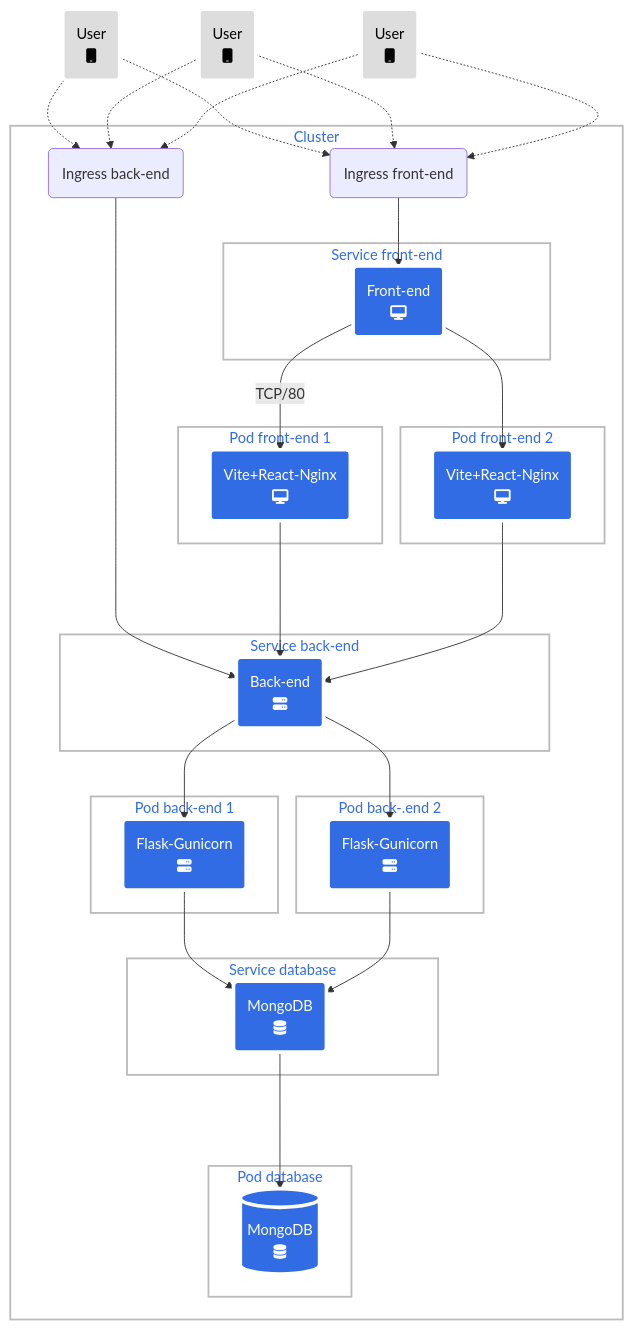
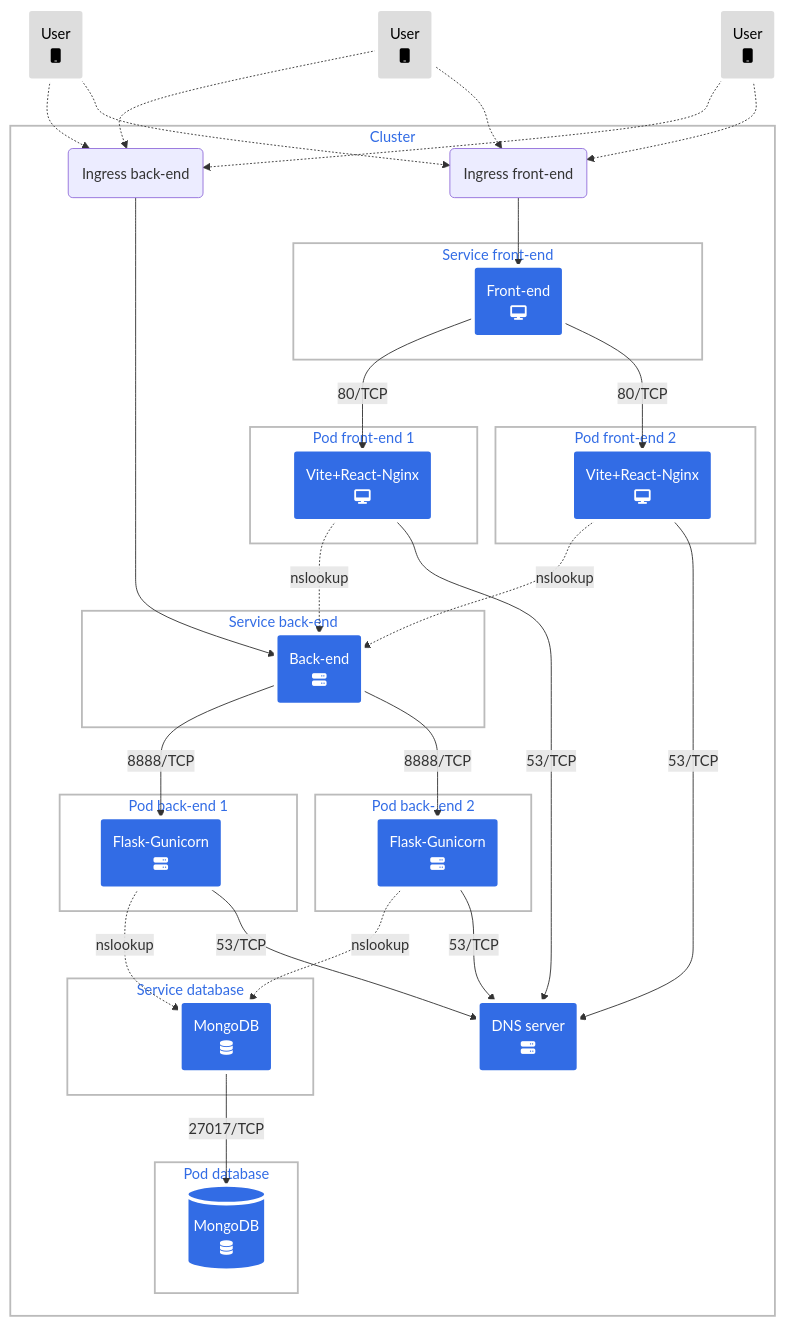
The diagram in README.md (micheledinelli/ips-config), drawn with Mermaid before and after one commit. The commit also changed 6 other files, not shown here.

Commit message:
Added mermaid directory for graphs

````diff
--- a/README.md
+++ b/README.md
@@ -5,76 +5,84 @@
 ```mermaid
 graph TB
 
     user1(User \n fa:fa-mobile)
     user2(User \n fa:fa-mobile)
     user3(User \n fa:fa-mobile)
 
-subgraph Cluster
-class Cluster cluster;
-ingress-backend(Ingress back-end)
-subgraph "Service back-end"
-service-backend(Back-end \n fa:fa-server)
-end
-subgraph "Pod back-end 1"
-pod-backend1(Flask-Gunicorn \n fa:fa-server)
-end
-subgraph "Pod back-.end 2"
-pod-backend2(Flask-Gunicorn \n fa:fa-server)
-end
+   subgraph Cluster
+       class Cluster cluster;
+        ingress-backend(Ingress back-end)
+        subgraph "Service back-end"
+            service-backend(Back-end \n fa:fa-server)
+        end
+        subgraph "Pod back-end 1"
+            pod-backend1(Flask-Gunicorn \n fa:fa-server)
+        end
+        subgraph "Pod back-.end 2"
+            pod-backend2(Flask-Gunicorn \n fa:fa-server)
+        end
+
+        dns(DNS server \n fa:fa-server)
 
         ingress-frontend(Ingress front-end)
         subgraph "Service front-end"
             service-frontend(Front-end \n fa:fa-desktop)
         end
         subgraph "Pod front-end 1"
             pod-frontend1(Vite+React-Nginx \n fa:fa-desktop)
         end
         subgraph "Pod front-end 2"
             pod-frontend2(Vite+React-Nginx \n fa:fa-desktop)
         end
 
         subgraph "Service database"
             service-database(MongoDB \n fa:fa-database)
         end
         subgraph "Pod database"
             pod-database[(MongoDB \n fa:fa-database)]
         end
 
         %% subgraph Volumes
         %%     fingerprint-data(fingerprint Data)
         %%     mongo(mongoDB)
         %% end
     end
 
     user1 -.-> ingress-backend
     user2 -.-> ingress-backend
     user3 -.-> ingress-backend
 
     user1 -.-> ingress-frontend
     user2 -.-> ingress-frontend
     user3 -.-> ingress-frontend
 
     ingress-backend --> service-backend;
-    service-backend --> pod-backend1
-    service-backend --> pod-backend2
+    service-backend -- 8888/TCP --> pod-backend1
+    service-backend -- 8888/TCP --> pod-backend2
 
     ingress-frontend --> service-frontend;
-    service-frontend -- TCP/80 --> pod-frontend1
-    service-frontend --> pod-frontend2
+    service-frontend -- 80/TCP --> pod-frontend1
+    service-frontend -- 80/TCP --> pod-frontend2
 
-    pod-frontend1 ---> service-backend
-    pod-frontend2 ---> service-backend
+    pod-frontend1 -. nslookup .-> service-backend
+    pod-frontend2 -. nslookup .-> service-backend
 
-    pod-backend1 --> service-database
-    pod-backend2 --> service-database
+    pod-backend1 -. nslookup .-> service-database
+    pod-backend2 -. nslookup .-> service-database
 
-    service-database ---> pod-database
+    service-database -- 27017/TCP --> pod-database
 
-classDef plain fill:#ddd,stroke:#fff,stroke-width:4px,color:#000;
-classDef k8s fill:#326ce5,stroke:#fff,stroke-width:4px,color:#fff;
-classDef cluster fill:#fff,stroke:#bbb,stroke-width:2px,color:#326ce5;
-class service-backend,service-frontend,service-database,pod-backend1,pod-backend2,pod-frontend1,pod-frontend2,pod-database k8s;
-class Cluster cluster;
-class user1,user2,user3 plain
+    pod-frontend1 -- 53/TCP --> dns
+    pod-frontend2-- 53/TCP --> dns
+    pod-backend1 -- 53/TCP --> dns
+    pod-backend2 -- 53/TCP --> dns
+
+   classDef plain fill:#ddd,stroke:#fff,stroke-width:4px,color:#000;
+   classDef k8s fill:#326ce5,stroke:#fff,stroke-width:4px,color:#fff;
+   classDef cluster fill:#fff,stroke:#bbb,stroke-width:2px,color:#326ce5;
+   class service-backend,service-frontend,service-database,pod-backend1,pod-backend2,pod-frontend1,pod-frontend2,pod-database,dns k8s;
+   class Cluster cluster;
+   class user1,user2,user3 plain
+
 
 ```
````
